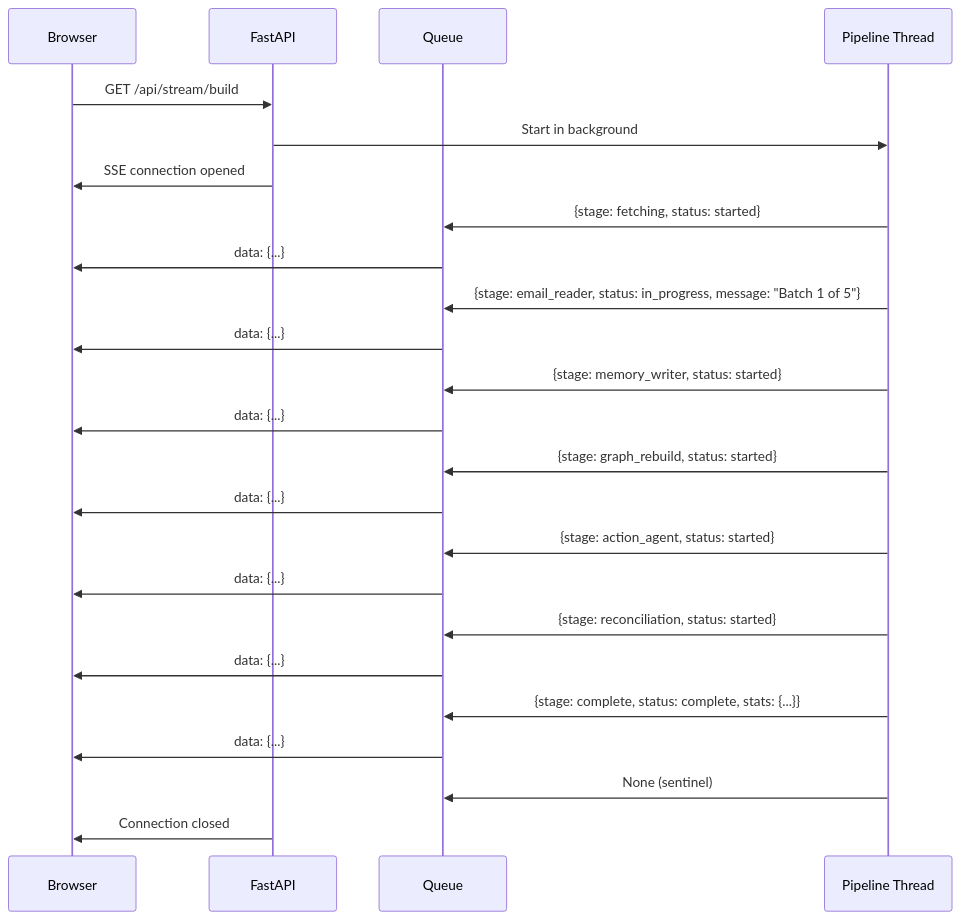
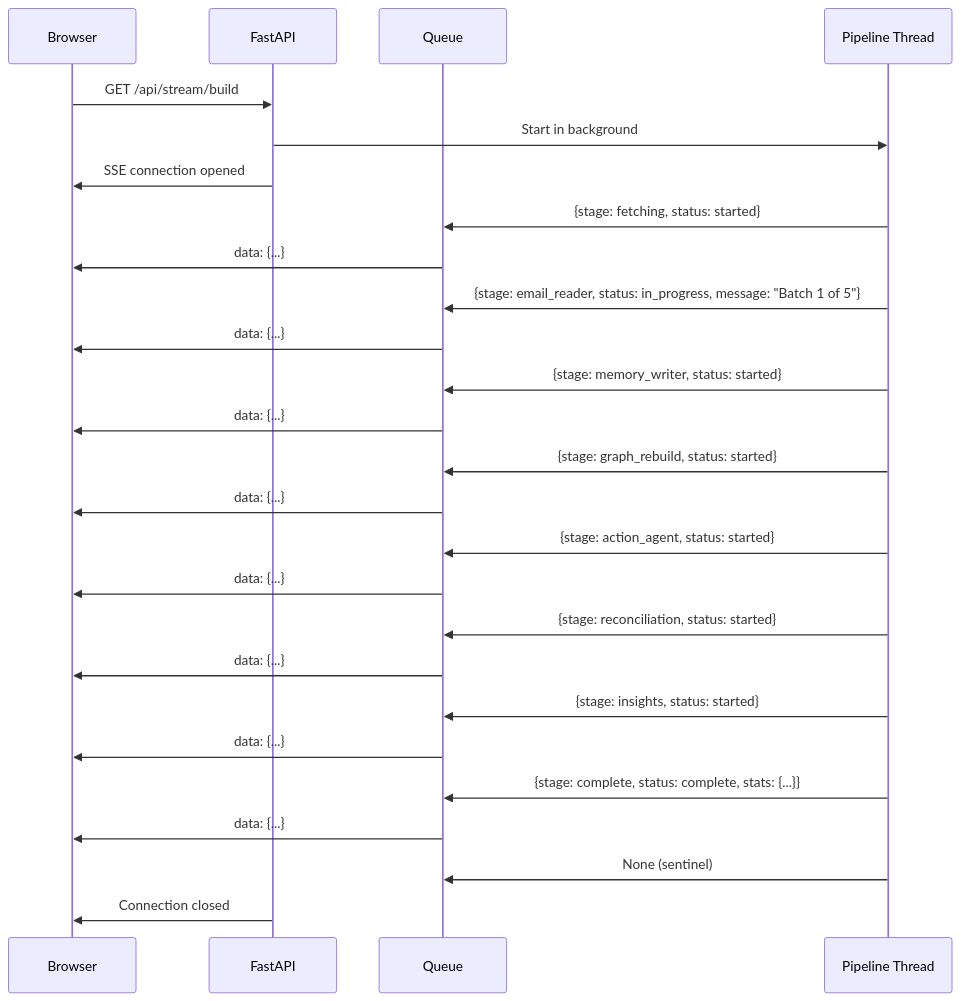
The first of 3 diagrams in docs/event-flow.md (ifeanyi-okafor/email-memory-agent), drawn with Mermaid before and after one commit. The commit also changed other lines of this file and 8 other files, not shown here.

````diff
--- a/docs/event-flow.md
+++ b/docs/event-flow.md
@@ -7,35 +7,38 @@
 ```mermaid
 sequenceDiagram
     participant Browser
     participant FastAPI
     participant Queue
     participant Pipeline Thread
 
     Browser->>FastAPI: GET /api/stream/build
     FastAPI->>Pipeline Thread: Start in background
     FastAPI->>Browser: SSE connection opened
 
     Pipeline Thread->>Queue: {stage: fetching, status: started}
     Queue->>Browser: data: {...}
 
     Pipeline Thread->>Queue: {stage: email_reader, status: in_progress, message: "Batch 1 of 5"}
     Queue->>Browser: data: {...}
 
     Pipeline Thread->>Queue: {stage: memory_writer, status: started}
     Queue->>Browser: data: {...}
 
     Pipeline Thread->>Queue: {stage: graph_rebuild, status: started}
     Queue->>Browser: data: {...}
 
     Pipeline Thread->>Queue: {stage: action_agent, status: started}
     Queue->>Browser: data: {...}
 
     Pipeline Thread->>Queue: {stage: reconciliation, status: started}
     Queue->>Browser: data: {...}
 
+    Pipeline Thread->>Queue: {stage: insights, status: started}
+    Queue->>Browser: data: {...}
+
     Pipeline Thread->>Queue: {stage: complete, status: complete, stats: {...}}
     Queue->>Browser: data: {...}
 
     Pipeline Thread->>Queue: None (sentinel)
     FastAPI->>Browser: Connection closed
 ```
````
